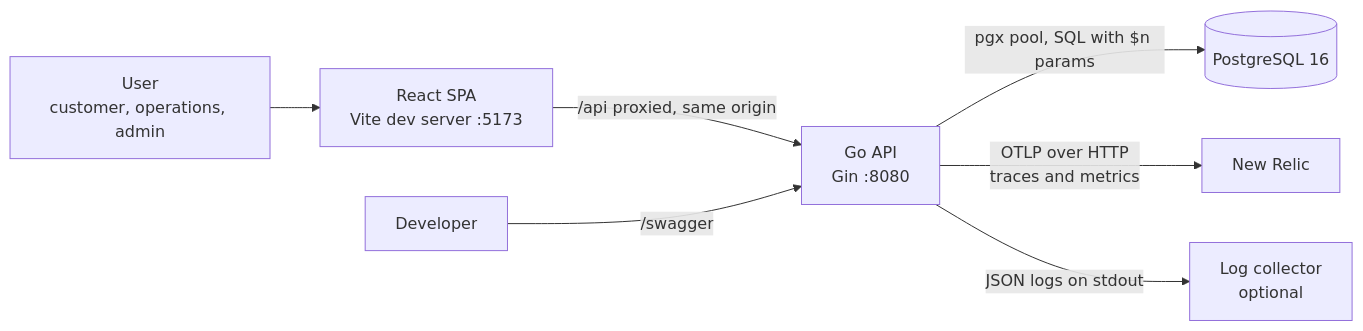
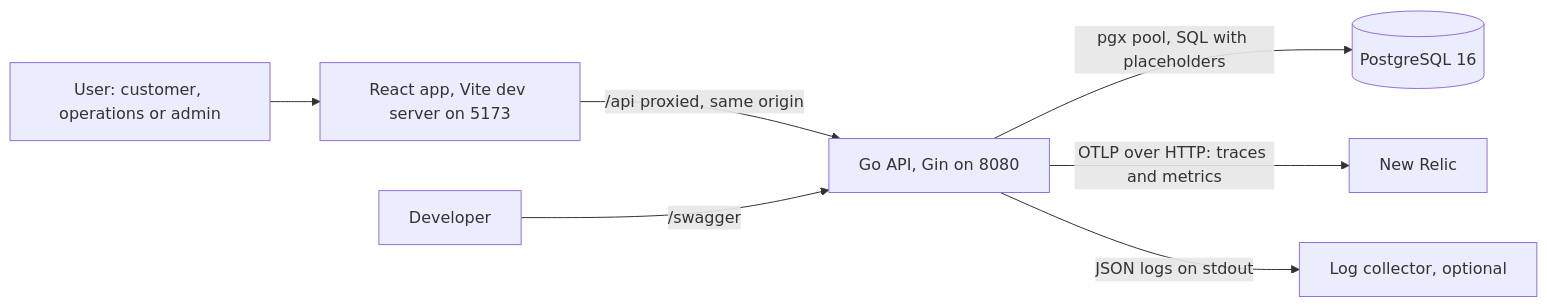
The first of 7 diagrams in docs/architecture.md (harshatha-exe/bank-app), drawn with Mermaid before and after one commit. The commit also changed other lines of this file and 4 other files, not shown here.

Commit message:
Fix: [docs/] mermaid flows , missing apis

````diff
--- a/docs/architecture.md
+++ b/docs/architecture.md
@@ -5,9 +9,9 @@
 ```mermaid
 flowchart LR
-    U["User<br/>customer, operations, admin"] --> FE["React SPA<br/>Vite dev server :5173"]
-    FE -->|"/api proxied, same origin"| API["Go API<br/>Gin :8080"]
-    API -->|"pgx pool, SQL with $n params"| DB[("PostgreSQL 16")]
-    API -->|"OTLP over HTTP<br/>traces and metrics"| NR["New Relic"]
-    API -->|"JSON logs on stdout"| LOGS["Log collector<br/>optional"]
+    U["User: customer, operations or admin"] --> FE["React app, Vite dev server on 5173"]
+    FE -->|"/api proxied, same origin"| API["Go API, Gin on 8080"]
+    API -->|"pgx pool, SQL with placeholders"| DB[("PostgreSQL 16")]
+    API -->|"OTLP over HTTP: traces and metrics"| NR["New Relic"]
+    API -->|"JSON logs on stdout"| LOGS["Log collector, optional"]
     DEV["Developer"] -->|"/swagger"| API
 ```
````
